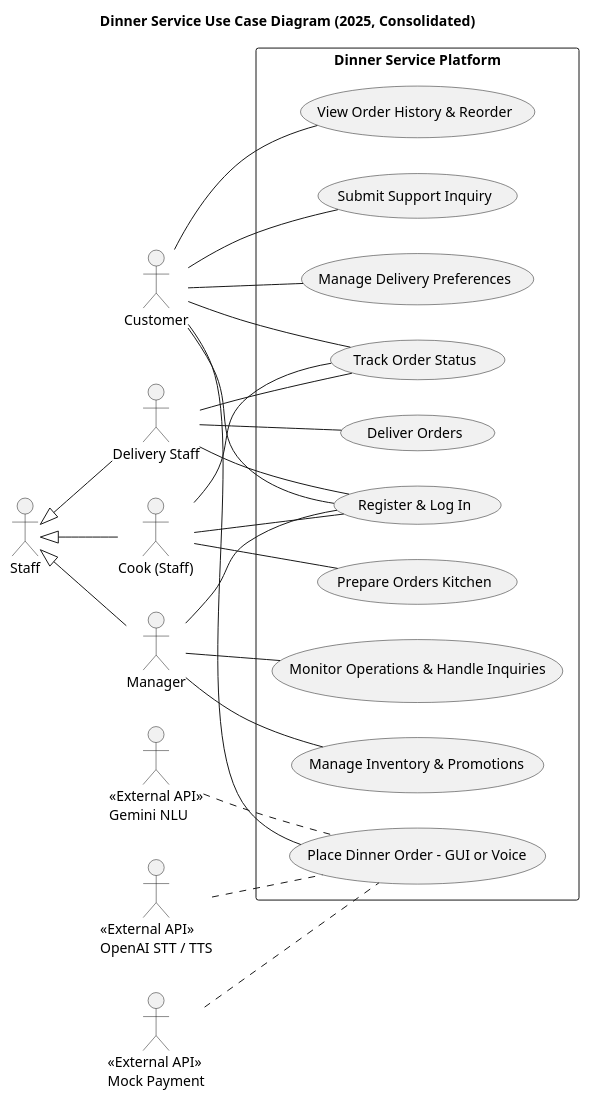
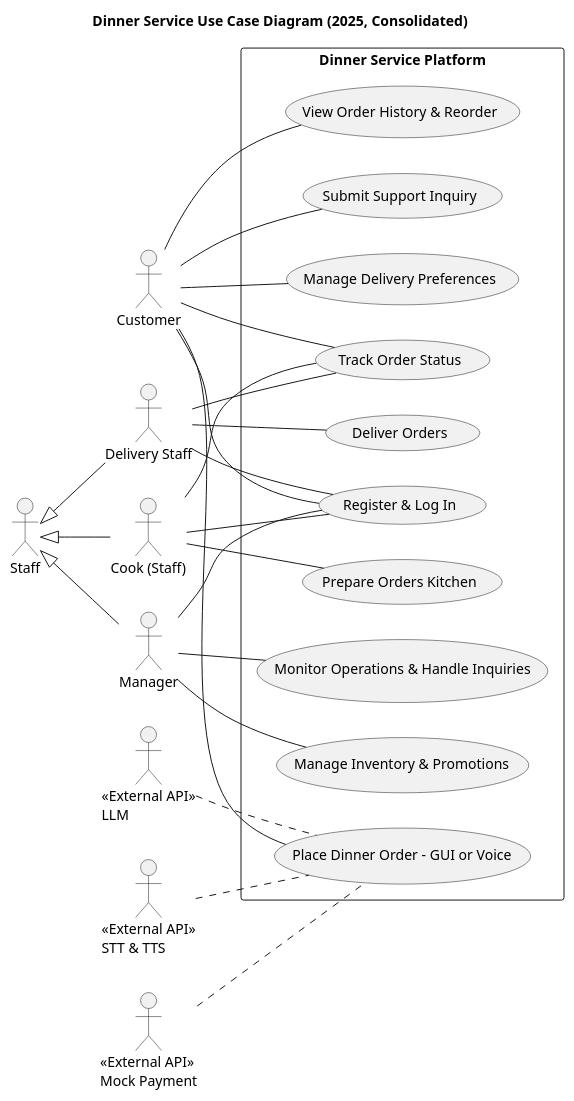
One commit to UOS2025SWE/MrDaebak changed the diagram in SWE_Diagram/usecase_diagrams/usecaseDiagram.puml. Above: the diagram before and after it, drawn with PlantUML. The commit also changed 95 other files, not shown here.

Commit message:
산출물 다이어그램 및 다이어그램에 대한 설명 추가

```diff
--- a/SWE_Diagram/usecase_diagrams/usecaseDiagram.puml
+++ b/SWE_Diagram/usecase_diagrams/usecaseDiagram.puml
@@ -1,57 +1,57 @@
 @startuml
 title "Dinner Service Use Case Diagram (2025, Consolidated)"
 left to right direction
 
 actor Customer as "Customer"
 actor Staff as "Staff"
 actor Cook as "Cook (Staff)"
 actor Delivery as "Delivery Staff"
 actor Manager as "Manager"
 actor PaymentSystem as "<<External API>>\nMock Payment"
-actor GeminiAI as "<<External API>>\nGemini NLU"
-actor OpenAIAudio as "<<External API>>\nOpenAI STT / TTS"
+actor LLM as "<<External API>>\nLLM"
+actor AudioService as "<<External API>>\nSTT & TTS"
 
 Staff <|-- Cook
 Staff <|-- Delivery
 Staff <|-- Manager
 
 rectangle "Dinner Service Platform" {
   (Register & Log In)
   (Place Dinner Order - GUI or Voice)
   (Track Order Status)
   (Manage Delivery Preferences)
   (View Order History & Reorder)
   (Submit Support Inquiry)
   (Prepare Orders Kitchen)
   (Deliver Orders)
   (Manage Inventory & Promotions)
   (Monitor Operations & Handle Inquiries)
 }
 
 ' === Customer use cases ===
 Customer -- (Register & Log In)
 Customer -- (Place Dinner Order - GUI or Voice)
 Customer -- (Track Order Status)
 Customer -- (Manage Delivery Preferences)
 Customer -- (View Order History & Reorder)
 Customer -- (Submit Support Inquiry)
 
 ' === Staff (Cook / Delivery / Manager) use cases ===
 Cook -- (Register & Log In)
 Cook -- (Prepare Orders Kitchen)
 Cook -- (Track Order Status)
 
 Delivery -- (Register & Log In)
 Delivery -- (Deliver Orders)
 Delivery -- (Track Order Status)
 
 Manager -- (Register & Log In)
 Manager -- (Manage Inventory & Promotions)
 Manager -- (Monitor Operations & Handle Inquiries)
 
 ' === External API interactions (no extra use cases to keep total <= 10) ===
 PaymentSystem .. (Place Dinner Order - GUI or Voice)
-GeminiAI .. (Place Dinner Order - GUI or Voice)
-OpenAIAudio .. (Place Dinner Order - GUI or Voice)
+LLM .. (Place Dinner Order - GUI or Voice)
+AudioService .. (Place Dinner Order - GUI or Voice)
 
 @enduml
```
